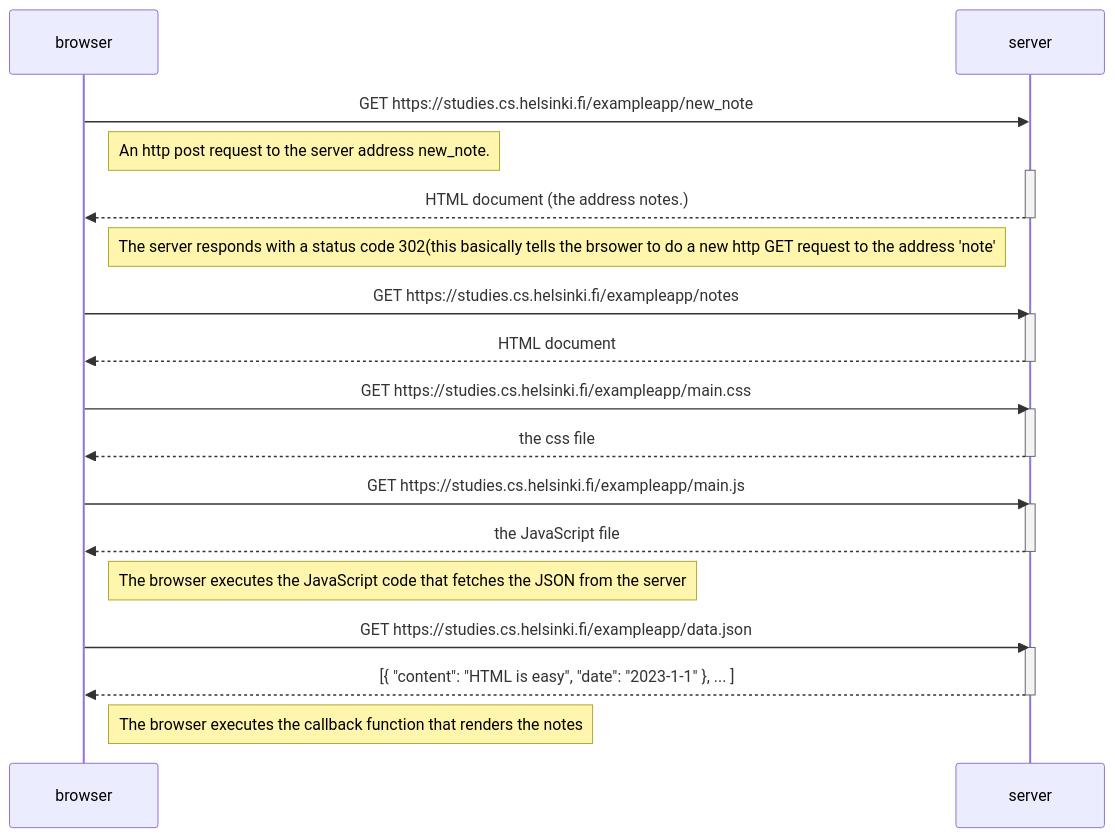
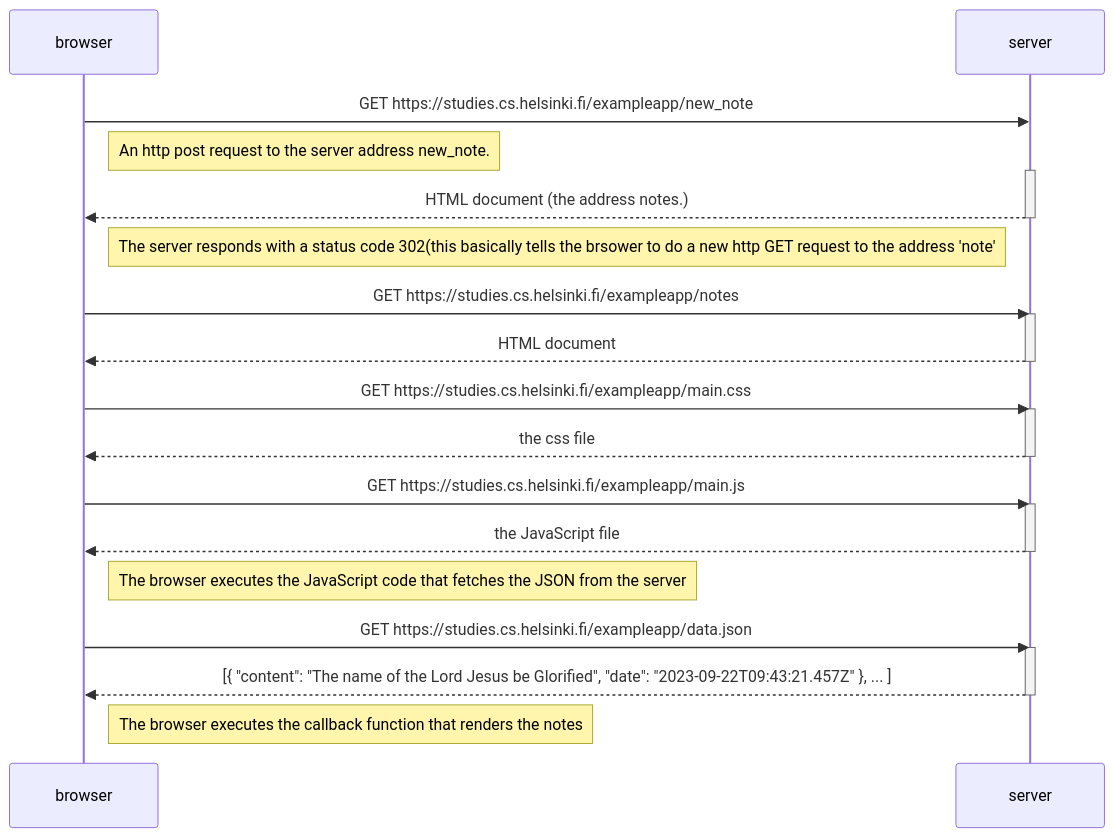
One commit to Patrick-Ehimen/fullstackopen changed the diagram in part0/New-note-diagram.mmd. Above: the diagram before and after it, drawn with Mermaid.

```diff
--- a/part0/New-note-diagram.mmd
+++ b/part0/New-note-diagram.mmd
@@ -1,35 +1,35 @@
 sequenceDiagram
     participant browser
     participant server
 
     browser->>server: GET https://studies.cs.helsinki.fi/exampleapp/new_note
 Note right of browser:An http post request to the server address new_note. 
     activate server
     server-->>browser: HTML document (the address notes.)
     deactivate server
 
 Note right of browser: The server responds with a status code 302(this basically tells the brsower to do a new http GET request to the address 'note'
 
     browser->>server: GET https://studies.cs.helsinki.fi/exampleapp/notes
     activate server
     server-->>browser: HTML document
     deactivate server
 
     browser->>server: GET https://studies.cs.helsinki.fi/exampleapp/main.css
     activate server
     server-->>browser: the css file
     deactivate server
 
     browser->>server: GET https://studies.cs.helsinki.fi/exampleapp/main.js
     activate server
     server-->>browser: the JavaScript file
     deactivate server
 
     Note right of browser: The browser executes the JavaScript code that fetches the JSON from the server
 
     browser->>server: GET https://studies.cs.helsinki.fi/exampleapp/data.json
     activate server
-    server-->>browser: [{ "content": "HTML is easy", "date": "2023-1-1" }, ... ]
+    server-->>browser: [{ "content": "The name of the Lord Jesus be Glorified", "date": "2023-09-22T09:43:21.457Z" }, ... ]
     deactivate server
 
     Note right of browser: The browser executes the callback function that renders the notes
```
